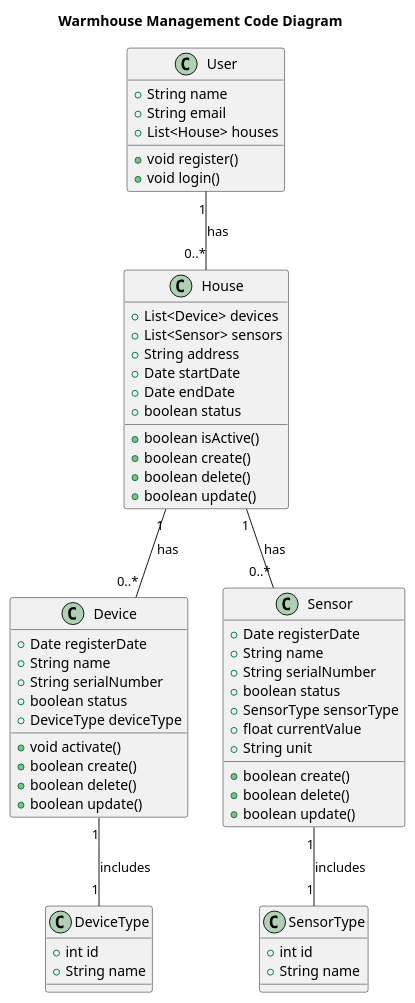
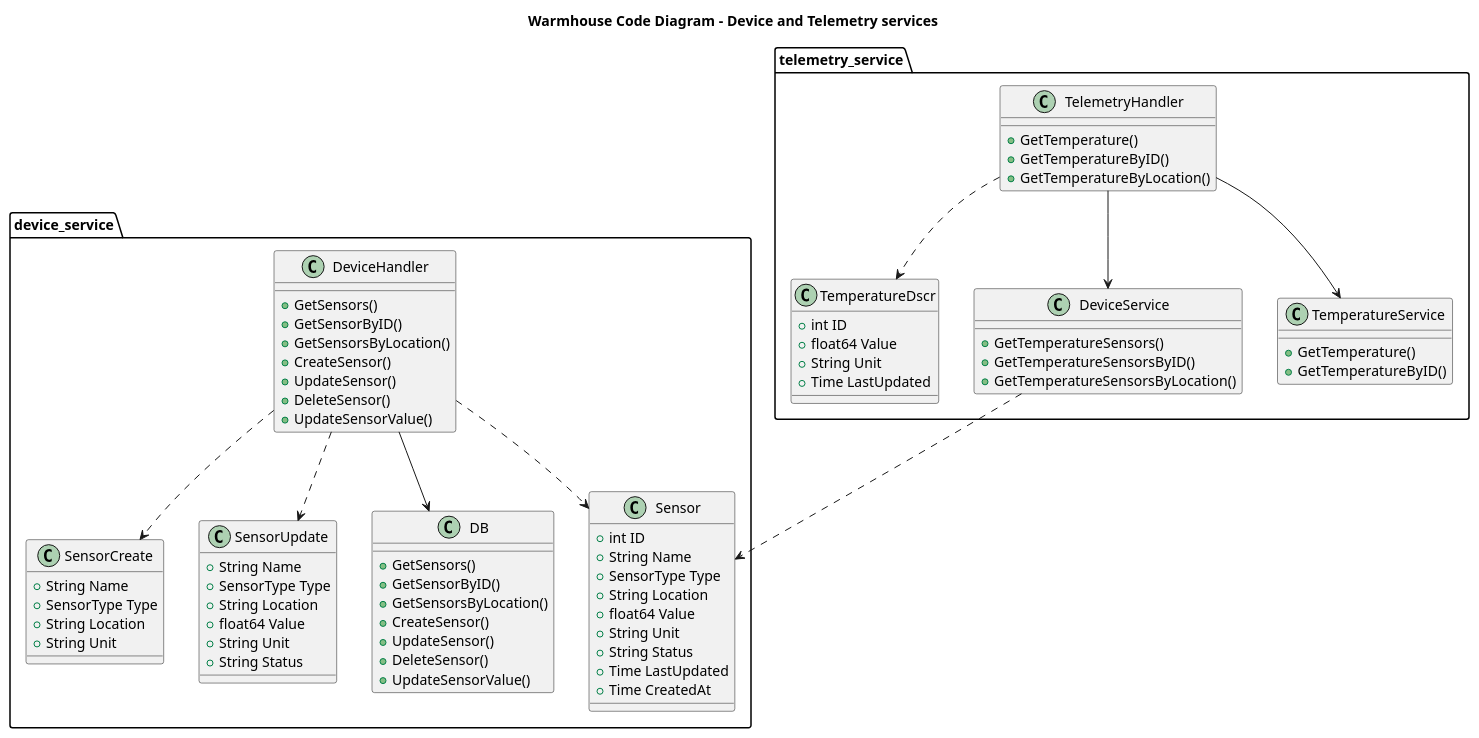
Before and after one commit to SergeyGreen7/architecture-pro-warmhouse: the diagram in docs/architecure/code/code.puml, drawn with PlantUML. The commit also changed 11 other files, not shown here.

Commit message:
task2 is updated with new architecture

```diff
--- a/docs/architecure/code/code.puml
+++ b/docs/architecure/code/code.puml
@@ -1,68 +1,91 @@
 @startuml
-title Warmhouse Management Code Diagram
+title Warmhouse Code Diagram - Device and Telemetry services
 
 top to bottom direction
 
-class User {
-  +String name
-  +String email
-  +List<House> houses
-  +void register()
-  +void login()
+package device_service {
+    class Sensor {
+        +int ID
+        +String Name
+        +SensorType Type
+        +String Location
+        +float64 Value
+        +String Unit
+        +String Status
+        +Time LastUpdated
+        +Time CreatedAt
+    }
+
+    class SensorCreate {
+        +String Name
+        +SensorType Type
+        +String Location
+        +String Unit
+    }
+
+    class SensorUpdate {
+        +String Name
+        +SensorType Type
+        +String Location
+        +float64 Value
+        +String Unit
+        +String Status
+    }
+
+    class DeviceHandler {
+        +GetSensors()
+        +GetSensorByID()
+        +GetSensorsByLocation()
+        +CreateSensor()
+        +UpdateSensor()
+        +DeleteSensor()
+        +UpdateSensorValue()
+    }
+
+    class DB {
+        +GetSensors()
+        +GetSensorByID()
+        +GetSensorsByLocation()
+        +CreateSensor()
+        +UpdateSensor()
+        +DeleteSensor()
+        +UpdateSensorValue()
+    }
 }
 
-class House {
-  +List<Device> devices
-  +List<Sensor> sensors
-  +String address
-  +Date startDate
-  +Date endDate
-  +boolean status
-  +boolean isActive()
-  +boolean create()
-  +boolean delete()
-  +boolean update()
+package telemetry_service {
+    class TemperatureDscr {
+        +int ID
+        +float64 Value
+        +String Unit
+        +Time LastUpdated
+    }
+
+    class TelemetryHandler {
+        +GetTemperature()
+        +GetTemperatureByID()
+        +GetTemperatureByLocation()
+    }
+
+    class DeviceService {
+        +GetTemperatureSensors()
+        +GetTemperatureSensorsByID()
+        +GetTemperatureSensorsByLocation()
+    }
+
+    class TemperatureService {
+        +GetTemperature()
+        +GetTemperatureByID()
+    }
 }
 
-class Device {
-  +Date registerDate
-  +String name
-  +String serialNumber
-  +boolean status
-  +DeviceType deviceType
-  +void activate()
-  +boolean create()
-  +boolean delete()
-  +boolean update()
-}
-
-class DeviceType {
-  +int id
-  +String name
-}
-
-class Sensor {
-  +Date registerDate
-  +String name
-  +String serialNumber
-  +boolean status
-  +SensorType sensorType
-  +float currentValue
-  +String unit
-  +boolean create()
-  +boolean delete()
-  +boolean update()
-}
-
-class SensorType {
-  +int id
-  +String name
-}
-
-User "1" -- "0..*" House : has
-House "1" -- "0..*" Device : has
-House "1" -- "0..*" Sensor : has
-Device "1" -- "1" DeviceType : includes
-Sensor "1" -- "1" SensorType : includes
+DeviceHandler --> DB
+DeviceHandler ..> Sensor
+DeviceHandler ..> SensorCreate
+DeviceHandler ..> SensorUpdate
+TelemetryHandler --> DeviceService
+TelemetryHandler --> TemperatureService
+TelemetryHandler ..> TemperatureDscr
+DeviceService ..> Sensor
 
 @enduml
```
